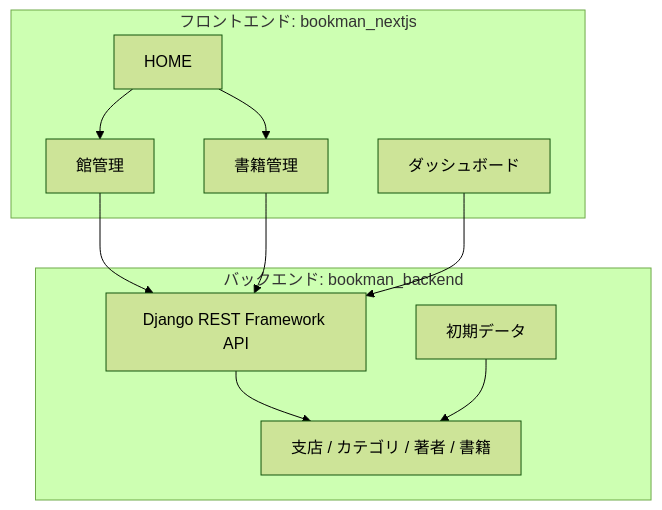
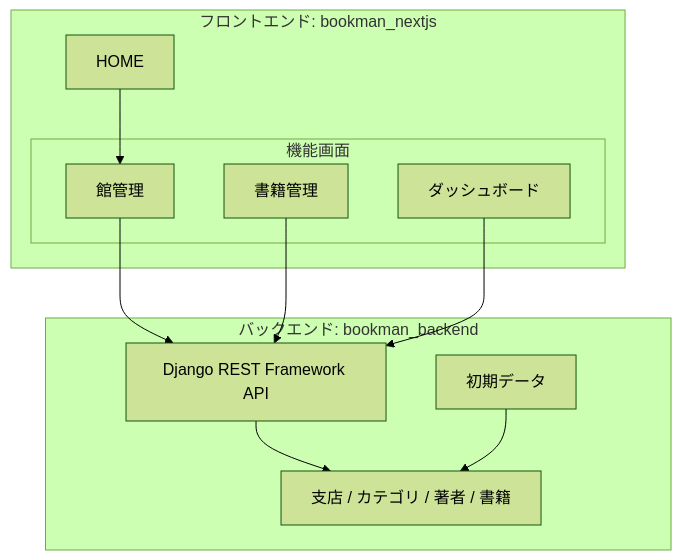
Before and after one commit to duri0214/portfolio: the diagram in docs/qiita/bookman_drf_nextjs.md, drawn with Mermaid (forest theme).

Commit message:
872 Fix overview diagram screen hierarchy

````diff
--- a/docs/qiita/bookman_drf_nextjs.md
+++ b/docs/qiita/bookman_drf_nextjs.md
@@ -38,23 +38,24 @@
 ```mermaid
 graph TB
   subgraph frontend[フロントエンド: bookman_nextjs]
     home[HOME]
-    branch[館管理]
-    book[書籍管理]
-    dashboard[ダッシュボード]
+    subgraph screens[機能画面]
+      branch[館管理]
+      book[書籍管理]
+      dashboard[ダッシュボード]
+    end
   end
 
   subgraph backend[バックエンド: bookman_backend]
     drf[Django REST Framework API]
     models[支店 / カテゴリ / 著者 / 書籍]
     fixtures[初期データ]
   end
 
   home --> branch
-  home --> book
   branch --> drf
   book --> drf
   dashboard --> drf
   drf --> models
   fixtures --> models
 ```
````
